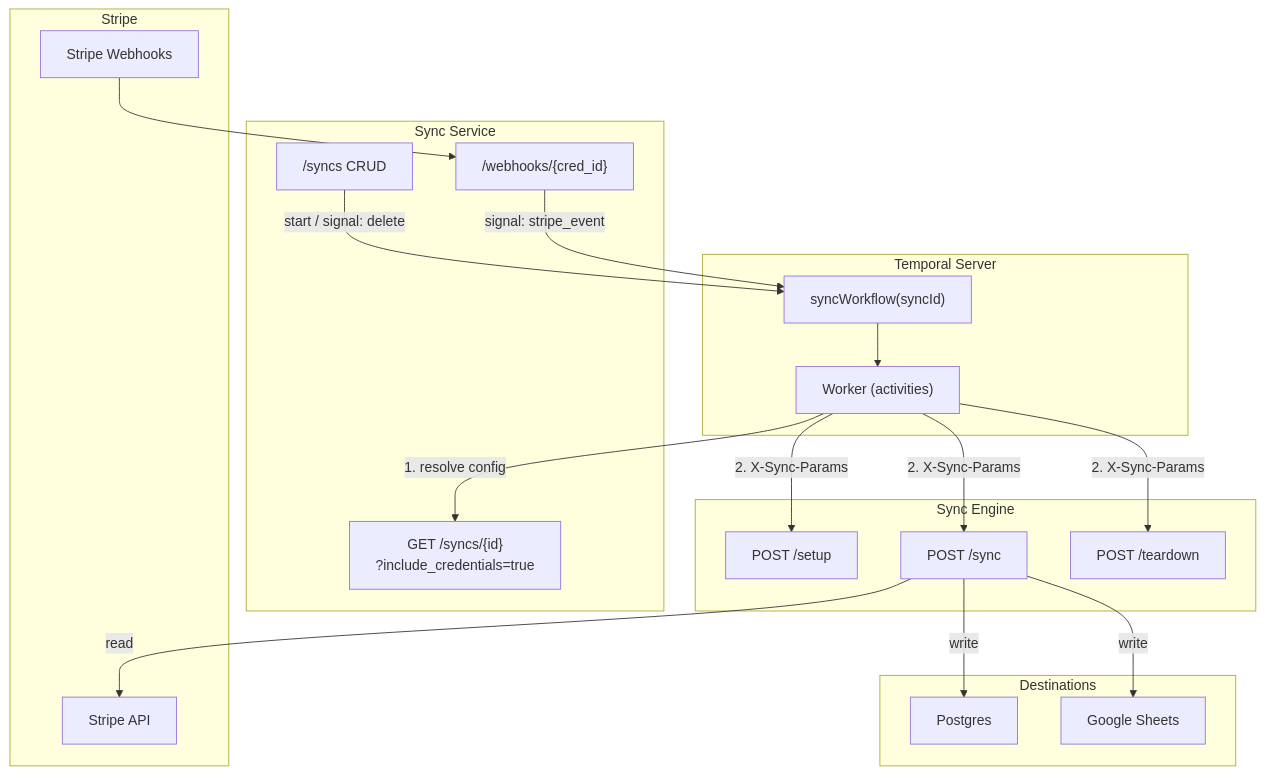
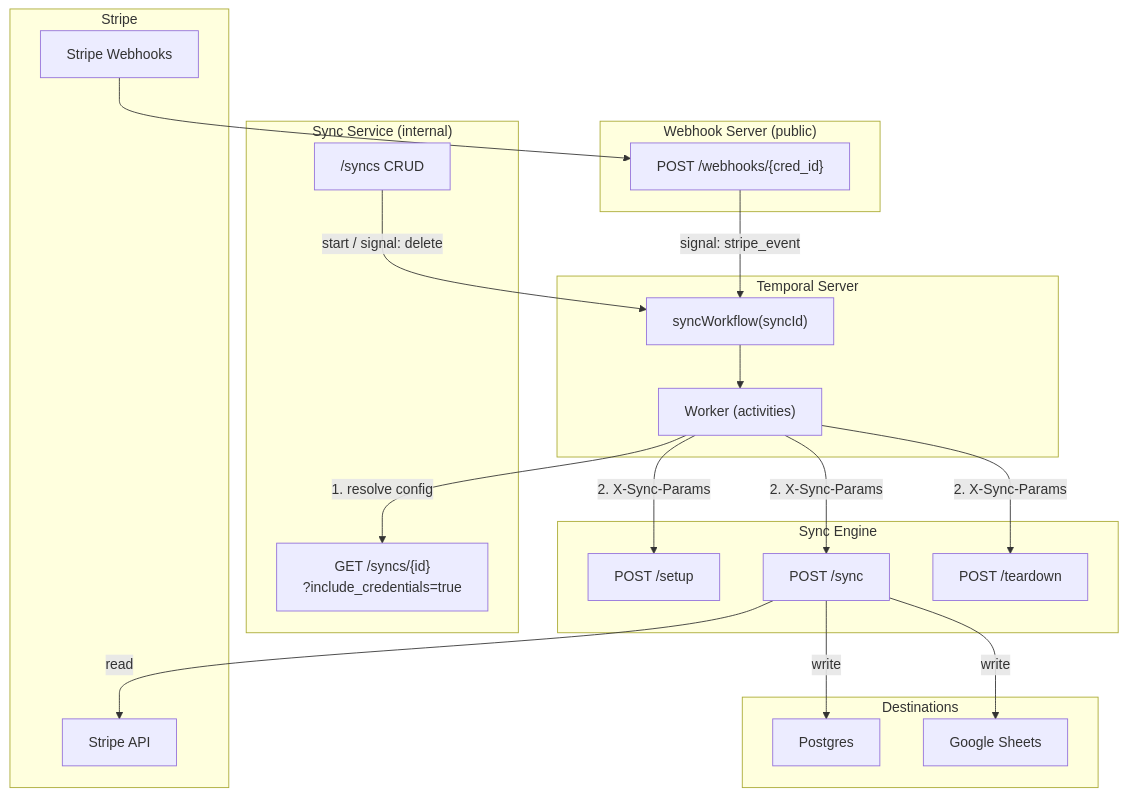
One commit to supabase/stripe-sync-engine changed the first of 5 diagrams in docs/pages/service/temporal.md. Above: the diagram before and after it, drawn with Mermaid. The commit also changed other lines of this file, not shown here.

First line of the commit message:
docs(temporal): update for three-server architecture (webhook server split out)

````diff
--- a/docs/pages/service/temporal.md
+++ b/docs/pages/service/temporal.md
@@ -18,48 +19,53 @@
 ```mermaid
 graph TD
     subgraph Stripe
         StripeAPI["Stripe API"]
         StripeWH["Stripe Webhooks"]
     end
 
-    subgraph Service["Sync Service"]
+    subgraph WebhookServer["Webhook Server (public)"]
+        WHRoute["POST /webhooks/{cred_id}"]
+    end
+
+    subgraph Service["Sync Service (internal)"]
         CRUD["/syncs CRUD"]
         Resolve["GET /syncs/{id}<br/>?include_credentials=true"]
-        WHRoute["/webhooks/{cred_id}"]
     end
 
     subgraph EngineAPI["Sync Engine"]
         ESetup["POST /setup"]
         ESync["POST /sync"]
         ETeardown["POST /teardown"]
     end
 
     subgraph Temporal["Temporal Server"]
         Workflow["syncWorkflow(syncId)"]
         Worker["Worker (activities)"]
     end
 
     subgraph Destinations
         Postgres["Postgres"]
         Sheets["Google Sheets"]
     end
 
+    %% Stripe → Webhook Server → Temporal
+    StripeWH --> WHRoute
+    WHRoute -- "signal: stripe_event" --> Workflow
+
     %% Service → Workflow
     CRUD -- "start / signal: delete" --> Workflow
-    WHRoute -- "signal: stripe_event" --> Workflow
-    StripeWH --> WHRoute
 
     %% Workflow → Activities
     Workflow --> Worker
 
     %% Activities → Service (resolve) → Engine (execute)
     Worker -- "1. resolve config" --> Resolve
     Worker -- "2. X-Sync-Params" --> ESetup
     Worker -- "2. X-Sync-Params" --> ESync
     Worker -- "2. X-Sync-Params" --> ETeardown
 
     %% Engine → external
     ESync -- "read" --> StripeAPI
     ESync -- "write" --> Postgres
     ESync -- "write" --> Sheets
 ```
````
